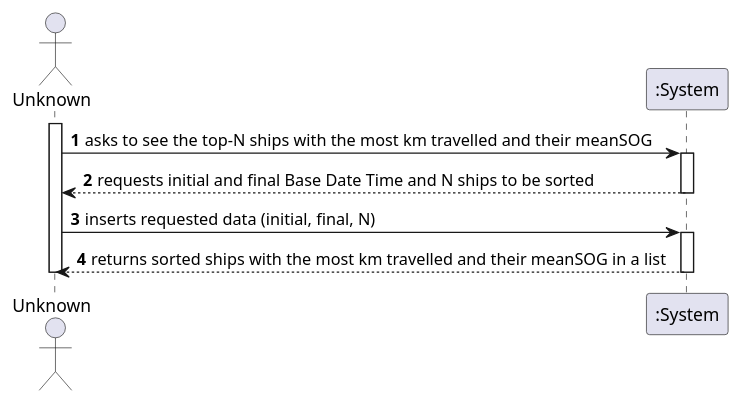
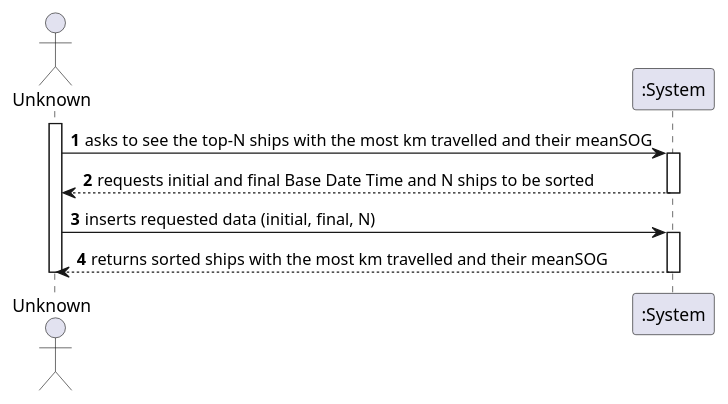
Before and after one commit to ana-albergaria/LAPR3-ISEP: the diagram in docs/US106/US106_SSD.puml, drawn with PlantUML. The commit also changed 6 other files, not shown here.

```diff
--- a/docs/US106/US106_SSD.puml
+++ b/docs/US106/US106_SSD.puml
@@ -1,17 +1,17 @@
 @startuml
 autonumber
 actor "Unknown" as OE
 
 activate OE
 OE -> ":System" : asks to see the top-N ships with the most km travelled and their meanSOG
 activate ":System"
 ":System" --> OE : requests initial and final Base Date Time and N ships to be sorted
 deactivate ":System"
 OE -> ":System" : inserts requested data (initial, final, N)
 activate ":System"
 
-":System" --> OE : returns sorted ships with the most km travelled and their meanSOG in a list
+":System" --> OE : returns sorted ships with the most km travelled and their meanSOG
 deactivate ":System"
 deactivate OE
 
 @enduml
```
